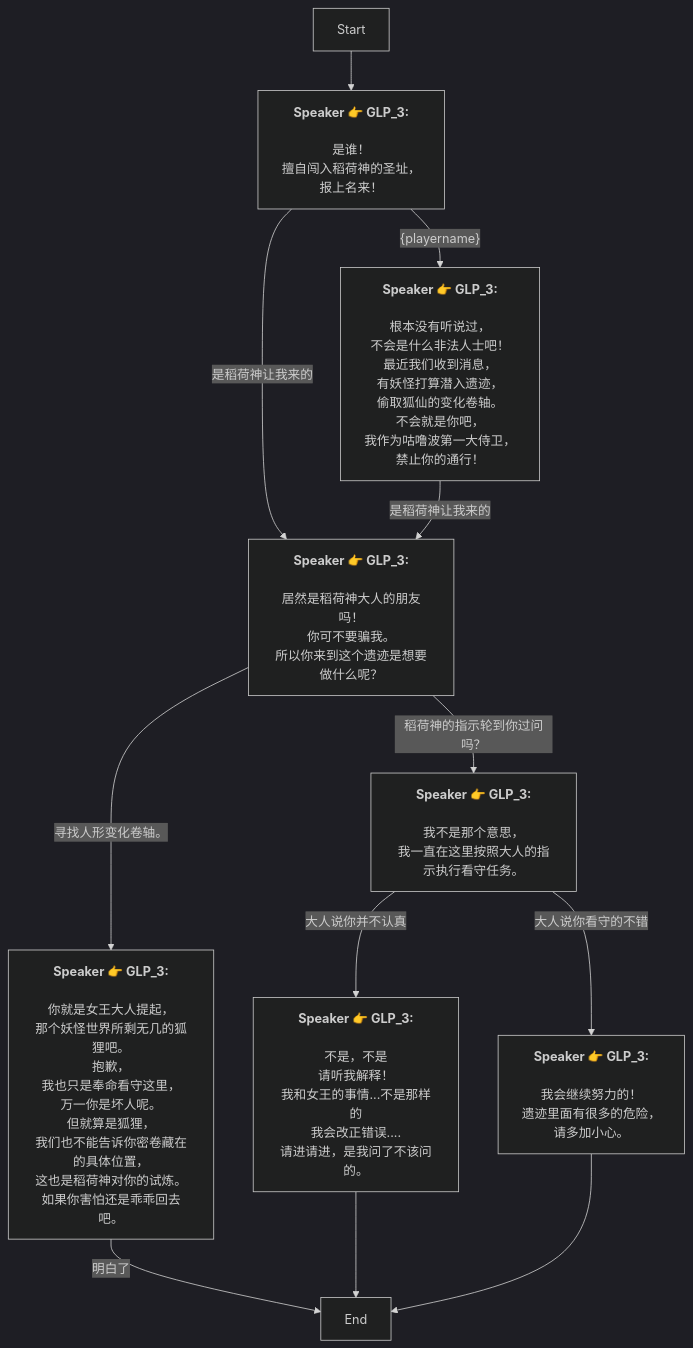
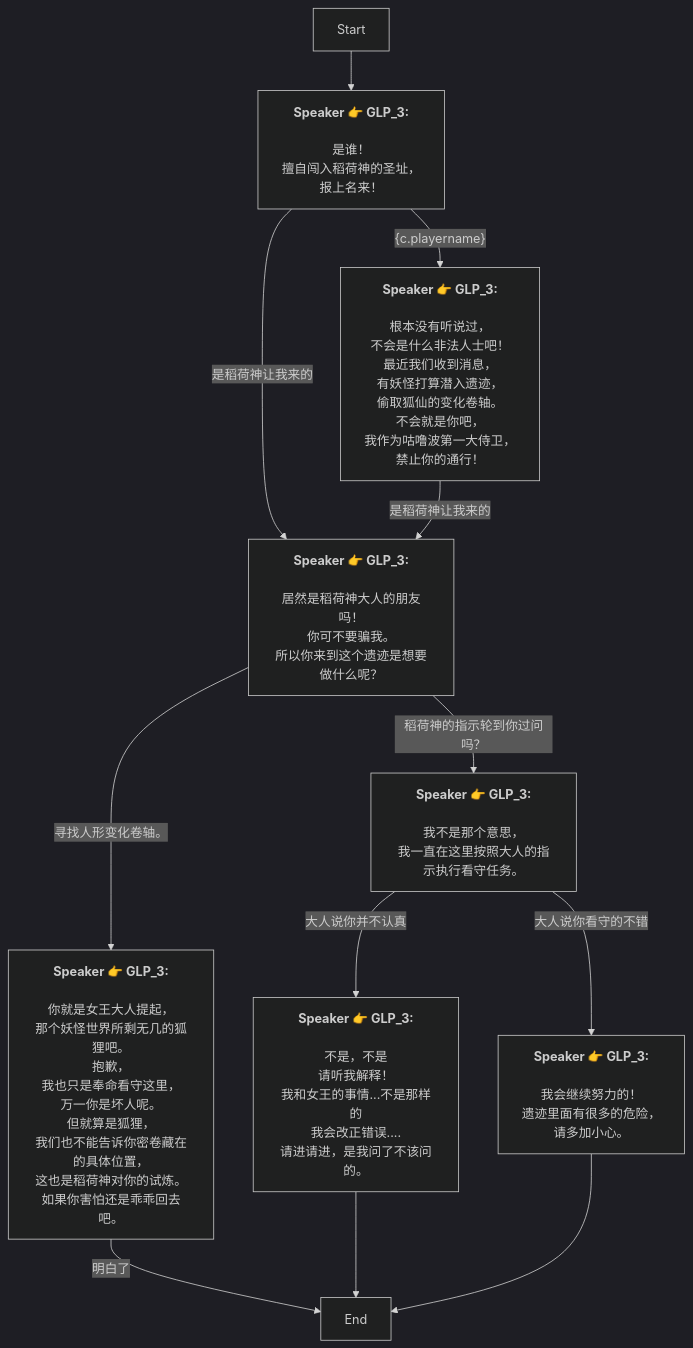
The diagram in Zh/4_4_3_chat.md (SoftHu/tos_avg), drawn with Mermaid (dark theme) before and after one commit. The commit also changed 410 other files, not shown here.

````diff
--- a/Zh/4_4_3_chat.md
+++ b/Zh/4_4_3_chat.md
@@ -1,43 +1,43 @@
 ```mermaid
 graph
 Start -->1750848156954962[<b>Speaker 👉 GLP_3:</b>
 \n是谁！
 擅自闯入稻荷神的圣址，
 报上名来！]
 1750848156954962 -->|是稻荷神让我来的|1750853271600663[<b>Speaker 👉 GLP_3:</b>
 \n居然是稻荷神大人的朋友吗！
 你可不要骗我。\n所以你来到这个遗迹是想要做什么呢？]
-1750848156954962 -->|&lbrace;playername&rbrace;|1750853393863193[<b>Speaker 👉 GLP_3:</b>
+1750848156954962 -->|&lbrace;c.playername&rbrace;|1750853393863193[<b>Speaker 👉 GLP_3:</b>
 \n根本没有听说过，
 不会是什么非法人士吧！\n最近我们收到消息，
 有妖怪打算潜入遗迹，
 偷取狐仙的变化卷轴。\n不会就是你吧，
 我作为咕噜波第一大侍卫，
 禁止你的通行！]
 1750853271600663 -->|寻找人形变化卷轴。|1750854219493922[<b>Speaker 👉 GLP_3:</b>
 \n你就是女王大人提起，
 那个妖怪世界所剩无几的狐狸吧。\n抱歉，
 我也只是奉命看守这里，
 万一你是坏人呢。\n但就算是狐狸，
 我们也不能告诉你密卷藏在的具体位置，
 这也是稻荷神对你的试炼。如果你害怕还是乖乖回去吧。]
 1750853271600663 -->|稻荷神的指示轮到你过问吗？|1750854225186339[<b>Speaker 👉 GLP_3:</b>
 \n我不是那个意思，
 我一直在这里按照大人的指示执行看守任务。]
 1750854219493922 -->|明白了|1750848158538067[End]
 1750854225186339 -->|大人说你并不认真|1750854340736553[<b>Speaker 👉 GLP_3:</b>
 \n不是，不是
 请听我解释！
 我和女王的事情...不是那样的\n我会改正错误....
 请进请进，是我问了不该问的。]
 1750854225186339 -->|大人说你看守的不错|1750854417801770[<b>Speaker 👉 GLP_3:</b>
 \n我会继续努力的！
 遗迹里面有很多的危险，
 请多加小心。]
 1750854340736553 -->1750848158538067[End]
 1750854417801770 -->1750848158538067[End]
 1750853393863193 -->|是稻荷神让我来的|1750853271600663[<b>Speaker 👉 GLP_3:</b>
 \n居然是稻荷神大人的朋友吗！
 你可不要骗我。\n所以你来到这个遗迹是想要做什么呢？]
 
 ```
````
